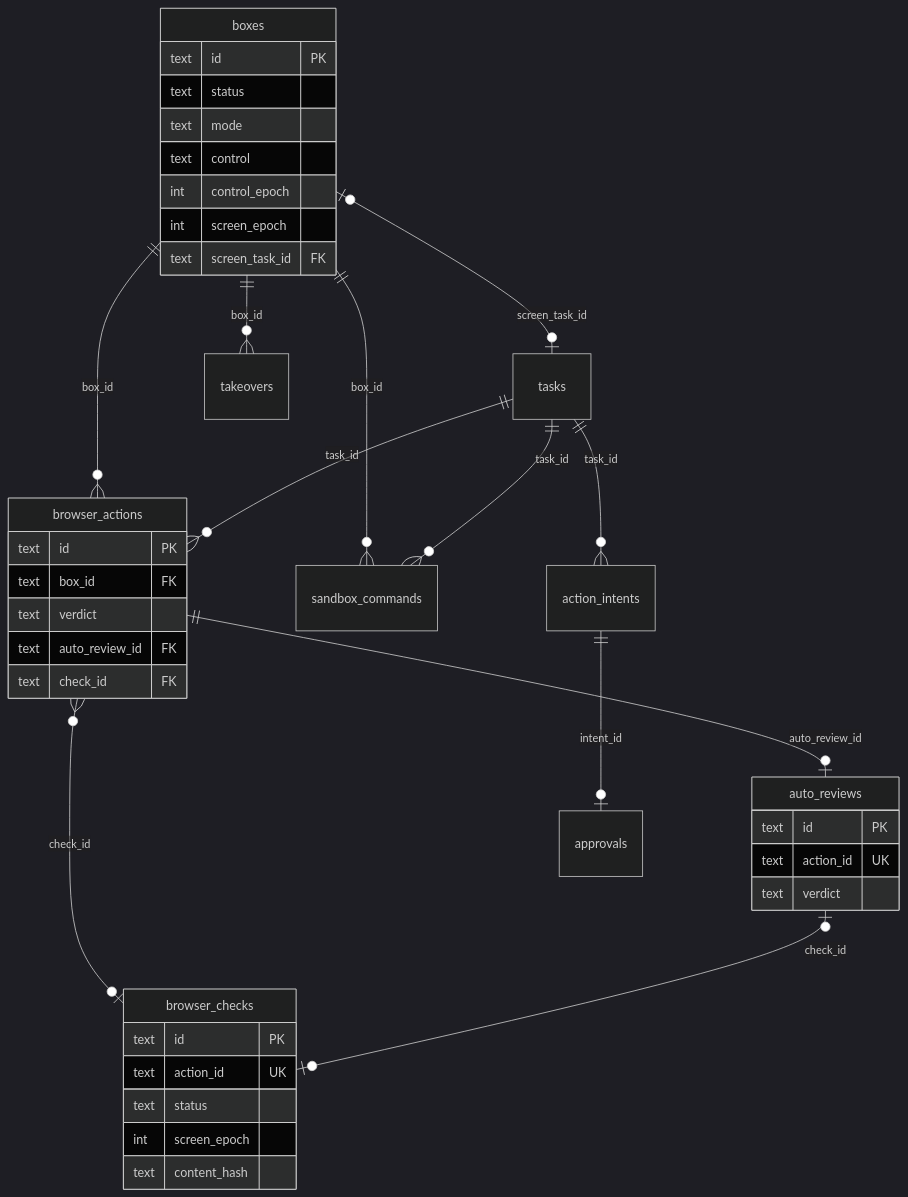
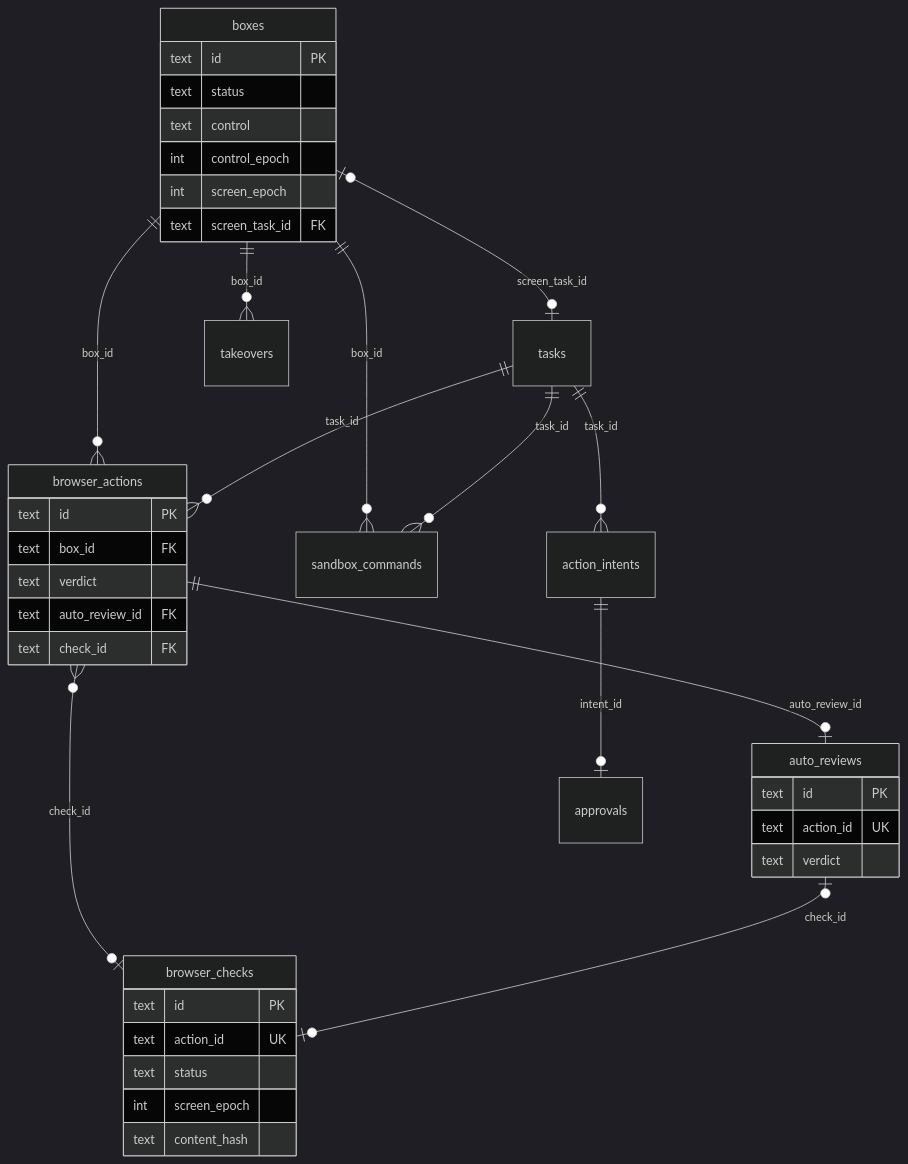
Before and after one commit to itiwoja/agent-team: the third of 3 diagrams in docs/design/10_diagrams/README.md, drawn with Mermaid (dark theme). The commit also changed other lines of this file and 34 other files, not shown here.

````diff
--- a/docs/design/10_diagrams/README.md
+++ b/docs/design/10_diagrams/README.md
@@ -109,42 +104,41 @@
 ```mermaid
 erDiagram
  boxes |o--o| tasks : "screen_task_id"
  boxes ||--o{ browser_actions : "box_id"
  tasks ||--o{ browser_actions : "task_id"
  browser_actions ||--o| auto_reviews : "auto_review_id"
  browser_actions }o--o| browser_checks : "check_id"
  auto_reviews |o--o| browser_checks : "check_id"
  boxes ||--o{ takeovers : "box_id"
  boxes ||--o{ sandbox_commands : "box_id"
  tasks ||--o{ sandbox_commands : "task_id"
  tasks ||--o{ action_intents : "task_id"
  action_intents ||--o| approvals : "intent_id"
  boxes {
   text id PK
   text status
-  text mode
   text control
   int control_epoch
   int screen_epoch
   text screen_task_id FK
  }
  browser_actions {
   text id PK
   text box_id FK
   text verdict
   text auto_review_id FK
   text check_id FK
  }
  auto_reviews {
   text id PK
   text action_id UK
   text verdict
  }
  browser_checks {
   text id PK
   text action_id UK
   text status
   int screen_epoch
   text content_hash
  }
 ```
````
